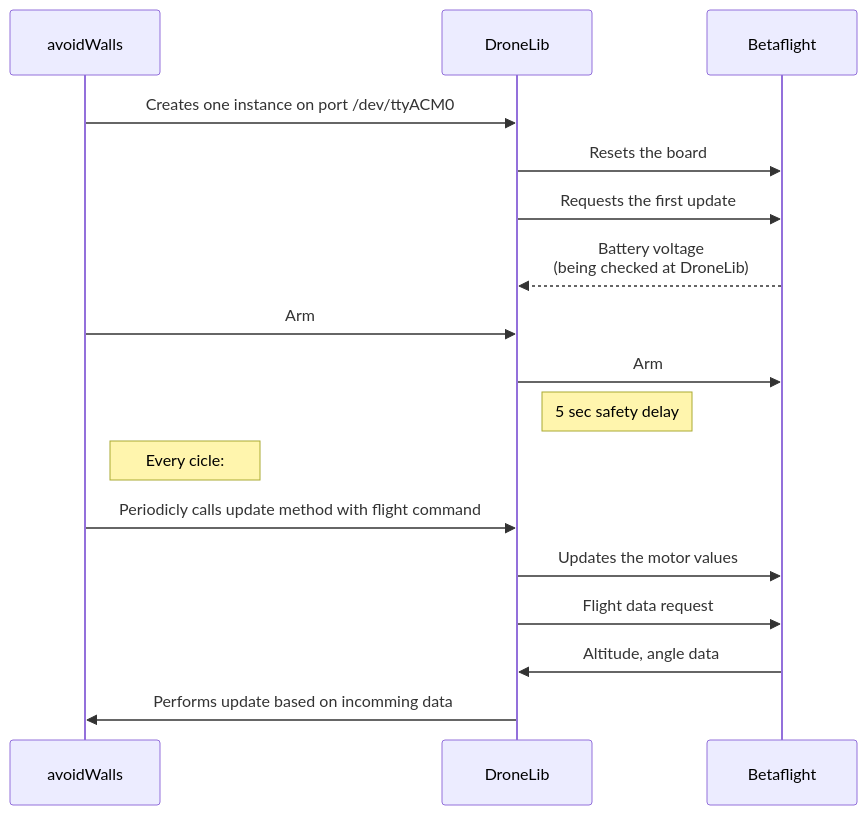
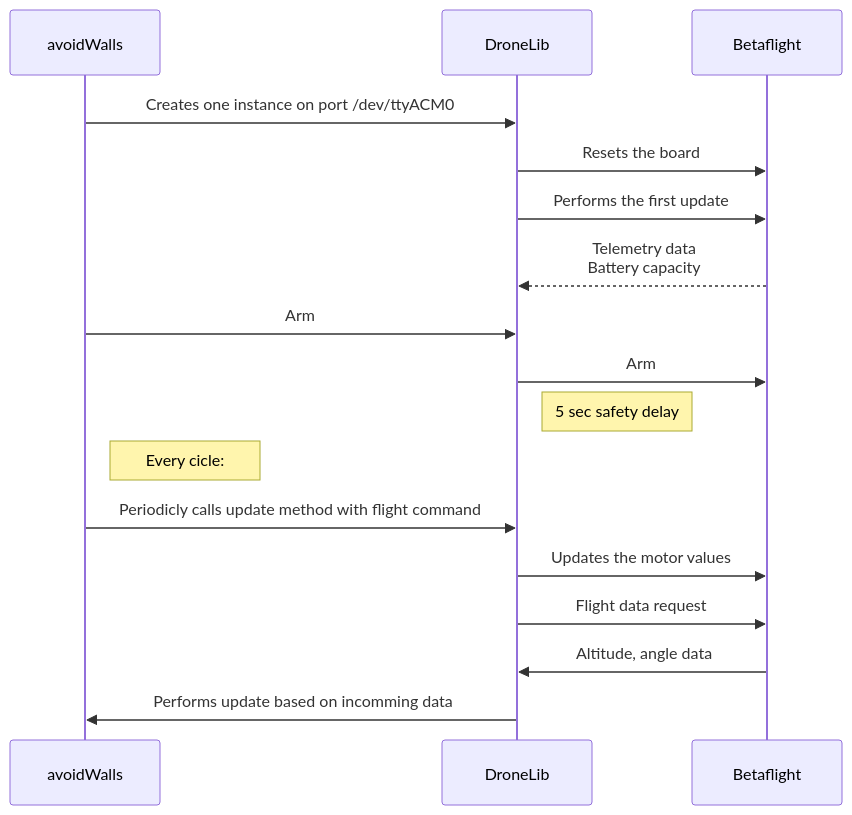
The second of 4 diagrams in doc/index.md (fiserKDZ/Dronelib-KDZ), drawn with Mermaid before and after one commit. The commit also changed other lines of this file, not shown here.

````diff
--- a/doc/index.md
+++ b/doc/index.md
@@ -42,18 +89,18 @@
 ```mermaid
 sequenceDiagram
 avoidWalls ->> DroneLib: Creates one instance on port /dev/ttyACM0
 DroneLib ->> Betaflight: Resets the board
-DroneLib ->> Betaflight: Requests the first update
-Betaflight -->> DroneLib: Battery voltage<br>(being checked at DroneLib)
+DroneLib ->> Betaflight: Performs the first update
+Betaflight -->> DroneLib: Telemetry data<br>Battery capacity
 
 avoidWalls ->> DroneLib: Arm
 DroneLib ->> Betaflight: Arm
 Note right of DroneLib: 5 sec safety delay
 Note right of avoidWalls: Every cicle:
 avoidWalls ->> DroneLib: Periodicly calls update method with flight command
 DroneLib ->> Betaflight: Updates the motor values
 DroneLib ->> Betaflight: Flight data request
 Betaflight ->> DroneLib: Altitude, angle data
 DroneLib ->> avoidWalls: Performs update based on incomming data
 
 ```
````
